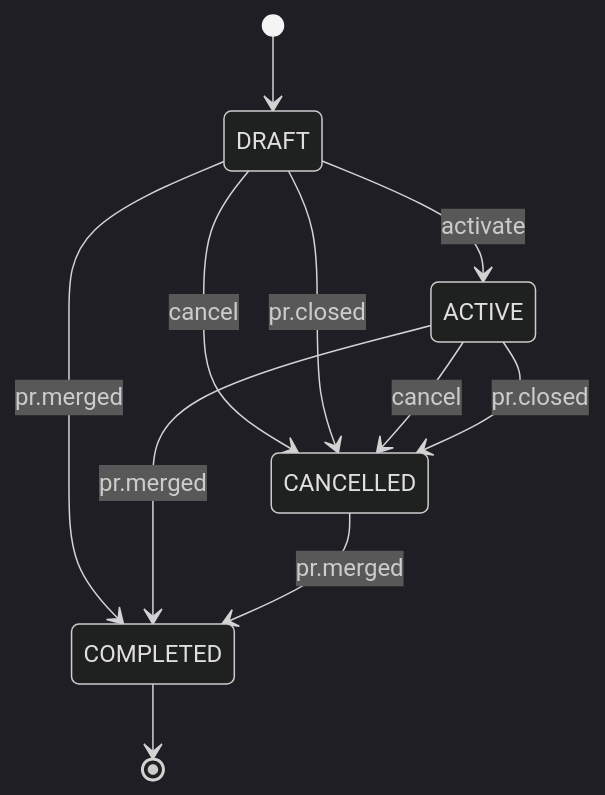
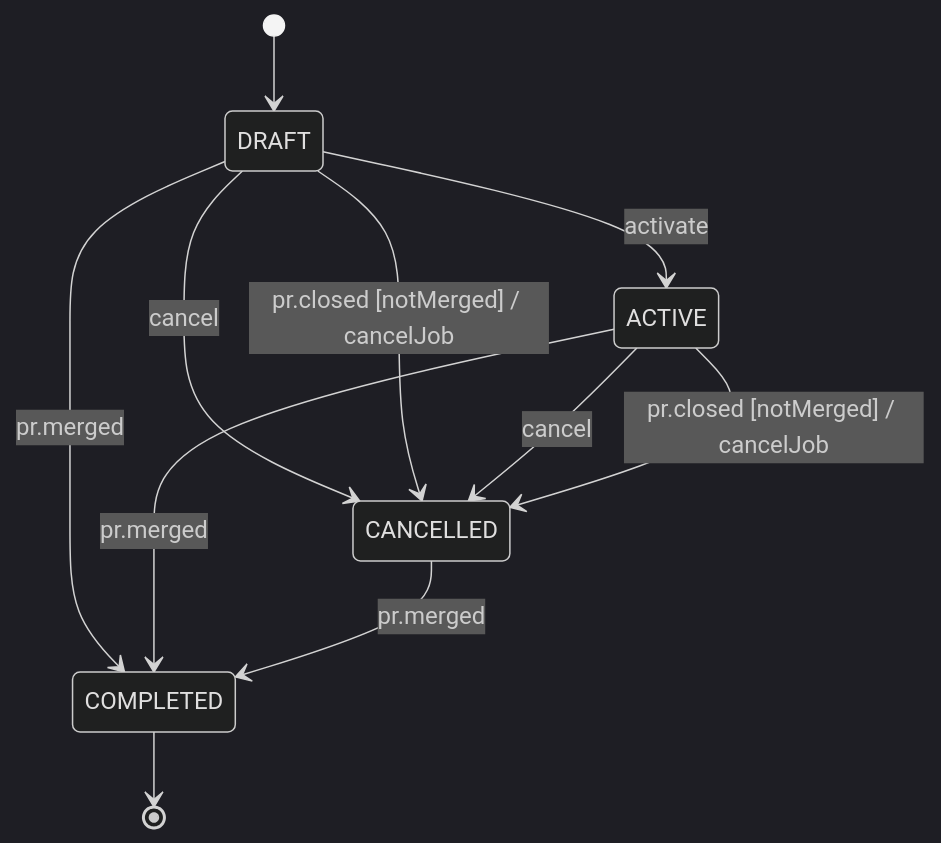
One commit to lalalic/agents-relay changed the diagram in workflow/job-lifecycle.mmd. Above: the diagram before and after it, drawn with Mermaid (dark theme). The commit also changed 9 other files, not shown here.

Commit message:
Cut Relay lifecycle surfaces over to workflow graph

```diff
--- a/workflow/job-lifecycle.mmd
+++ b/workflow/job-lifecycle.mmd
@@ -1,15 +1,15 @@
 stateDiagram-v2
     [*] --> DRAFT
 
     DRAFT --> ACTIVE: activate
     DRAFT --> COMPLETED: pr.merged
     DRAFT --> CANCELLED: cancel
-    DRAFT --> CANCELLED: pr.closed
+    DRAFT --> CANCELLED: pr.closed [notMerged] / cancelJob
 
     ACTIVE --> COMPLETED: pr.merged
     ACTIVE --> CANCELLED: cancel
-    ACTIVE --> CANCELLED: pr.closed
+    ACTIVE --> CANCELLED: pr.closed [notMerged] / cancelJob
 
     CANCELLED --> COMPLETED: pr.merged
 
     COMPLETED --> [*]
```
